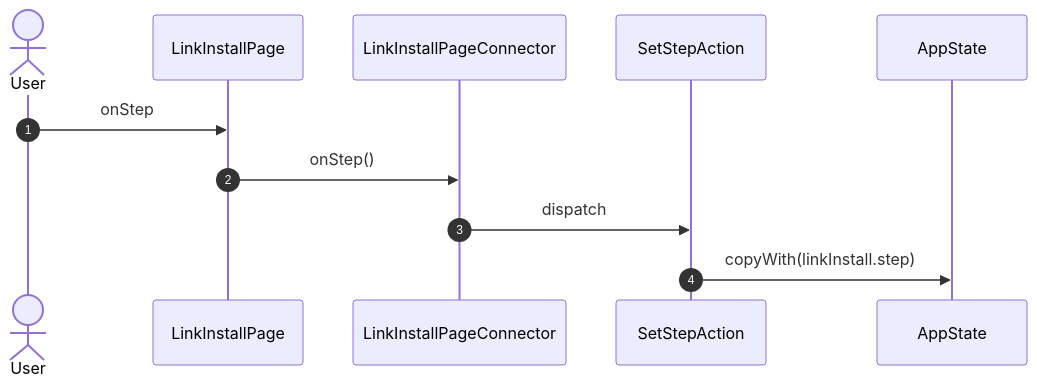
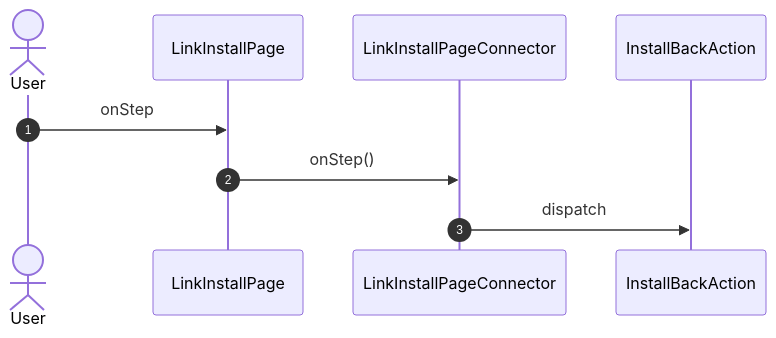
Diagram 15 of 17 in studio/docs/flows/linkInstall.md (gencto/wyrm), drawn with Mermaid before and after one commit. The commit also changed other lines of this file and 1 other file, not shown here.

First line of the commit message:
studio: link install: the flow docs follow the new actions

````diff
--- a/studio/docs/flows/linkInstall.md
+++ b/studio/docs/flows/linkInstall.md
@@ -243,14 +241,12 @@
 ```mermaid
 sequenceDiagram
     autonumber
     actor User
     participant UI as LinkInstallPage
     participant VM as LinkInstallPageConnector
-    participant A1 as SetStepAction
-    participant ST as AppState
+    participant A1 as InstallBackAction
 
     User->>UI: onStep
     UI->>VM: onStep()
     VM->>A1: dispatch
-    A1->>ST: copyWith(linkInstall.step)
 ```
````
